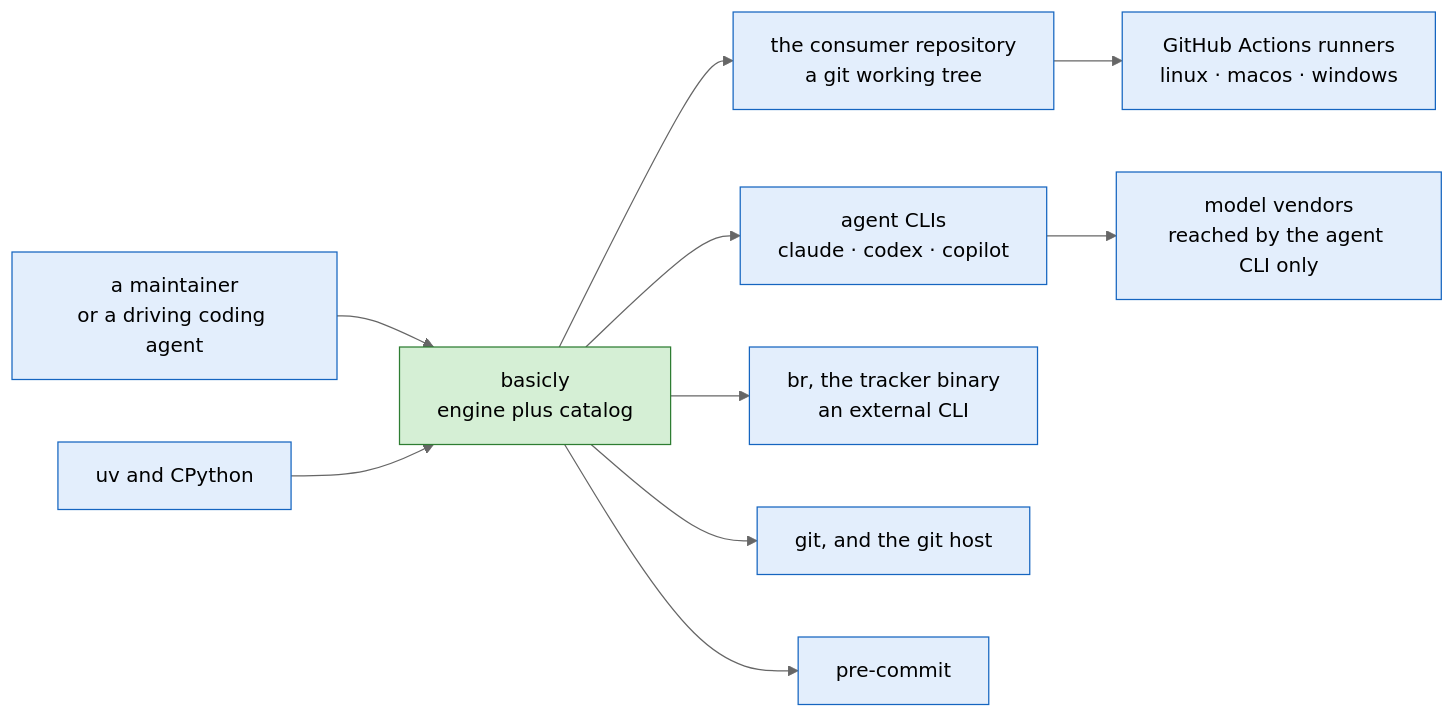
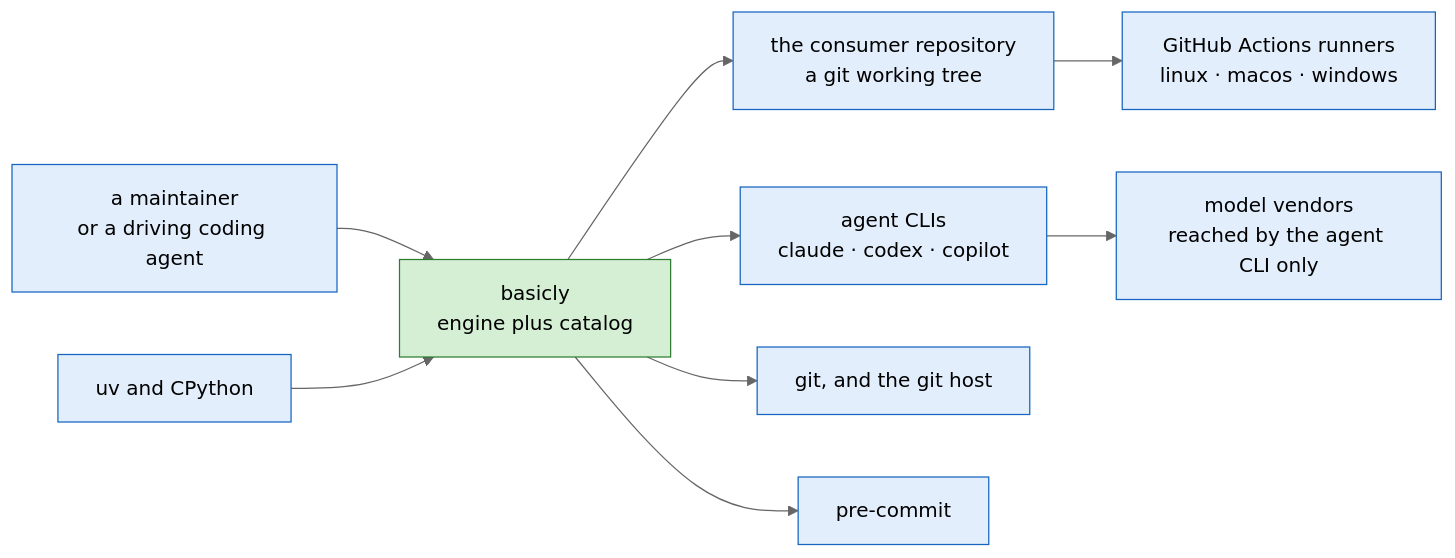
One commit to niksavis/basicly changed the second of 16 diagrams in docs/architecture/architecture-v2.md. Above: the diagram before and after it, drawn with Mermaid (neutral theme). The commit also changed other lines of this file and 4 other files, not shown here.

First line of the commit message:
docs(architecture): purge the external tracker from the draft and split out the conventions

````diff
--- a/docs/architecture/architecture-v2.md
+++ b/docs/architecture/architecture-v2.md
@@ -263,28 +197,26 @@
 ```mermaid
 flowchart LR
   human["a maintainer<br/>or a driving coding agent"]
   sys["basicly<br/>engine plus catalog"]
   repo["the consumer repository<br/>a git working tree"]
   cli["agent CLIs<br/>claude · codex · copilot"]
   vendor["model vendors<br/>reached by the agent CLI only"]
-  br["br, the tracker binary<br/>an external CLI"]
   git["git, and the git host"]
   ci["GitHub Actions runners<br/>linux · macos · windows"]
   uv["uv and CPython"]
   pc["pre-commit"]
 
   human --> sys
   uv --> sys
   sys --> repo
   sys --> cli
   cli --> vendor
-  sys --> br
   sys --> git
   sys --> pc
   repo --> ci
 
   classDef shipped fill:#d5efd5,stroke:#2e7d32,color:#000
   classDef external fill:#e3eefc,stroke:#1565c0,color:#000
   class sys shipped
-  class human,repo,cli,vendor,br,git,ci,uv,pc external
+  class human,repo,cli,vendor,git,ci,uv,pc external
 ```
````
